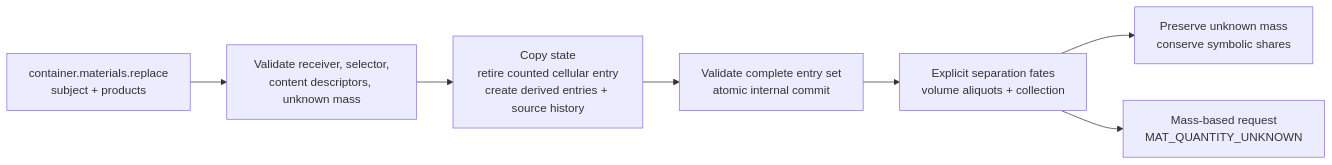
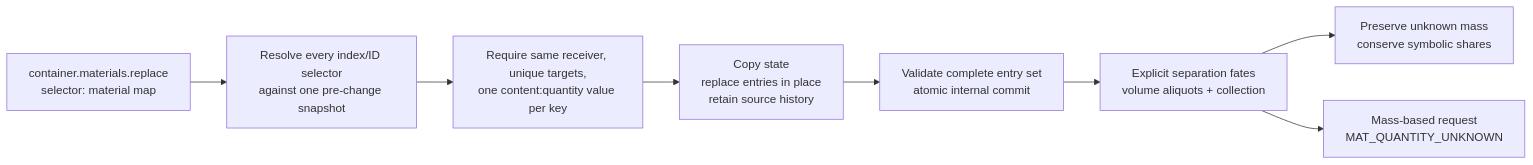
Before and after one commit to culsma/culsma: the second of 14 diagrams in docs/architecture/runtime_module_diagrams.md, drawn with Mermaid. The commit also changed other lines of this file and 7 other files, not shown here.

Commit message:
feat(material): support selector-keyed replacements

````diff
--- a/docs/architecture/runtime_module_diagrams.md
+++ b/docs/architecture/runtime_module_diagrams.md
@@ -136,9 +136,10 @@
 ```mermaid
 flowchart LR
-    Front["container.materials.replace<br/>subject + products"] --> Validate["Validate receiver, selector,<br/>content descriptors, unknown mass"]
-    Validate --> Candidate["Copy state<br/>retire counted cellular entry<br/>create derived entries + source history"]
+    Front["container.materials.replace<br/>selector: material map"] --> Resolve["Resolve every index/ID selector<br/>against one pre-change snapshot"]
+    Resolve --> Validate["Require same receiver, unique targets,<br/>one content:quantity value per key"]
+    Validate --> Candidate["Copy state<br/>replace entries in place<br/>retain source history"]
     Candidate --> Commit["Validate complete entry set<br/>atomic internal commit"]
     Commit --> Route["Explicit separation fates<br/>volume aliquots + collection"]
     Route --> Shares["Preserve unknown mass<br/>conserve symbolic shares"]
     Route --> Numeric["Mass-based request<br/>MAT_QUANTITY_UNKNOWN"]
 ```
````
